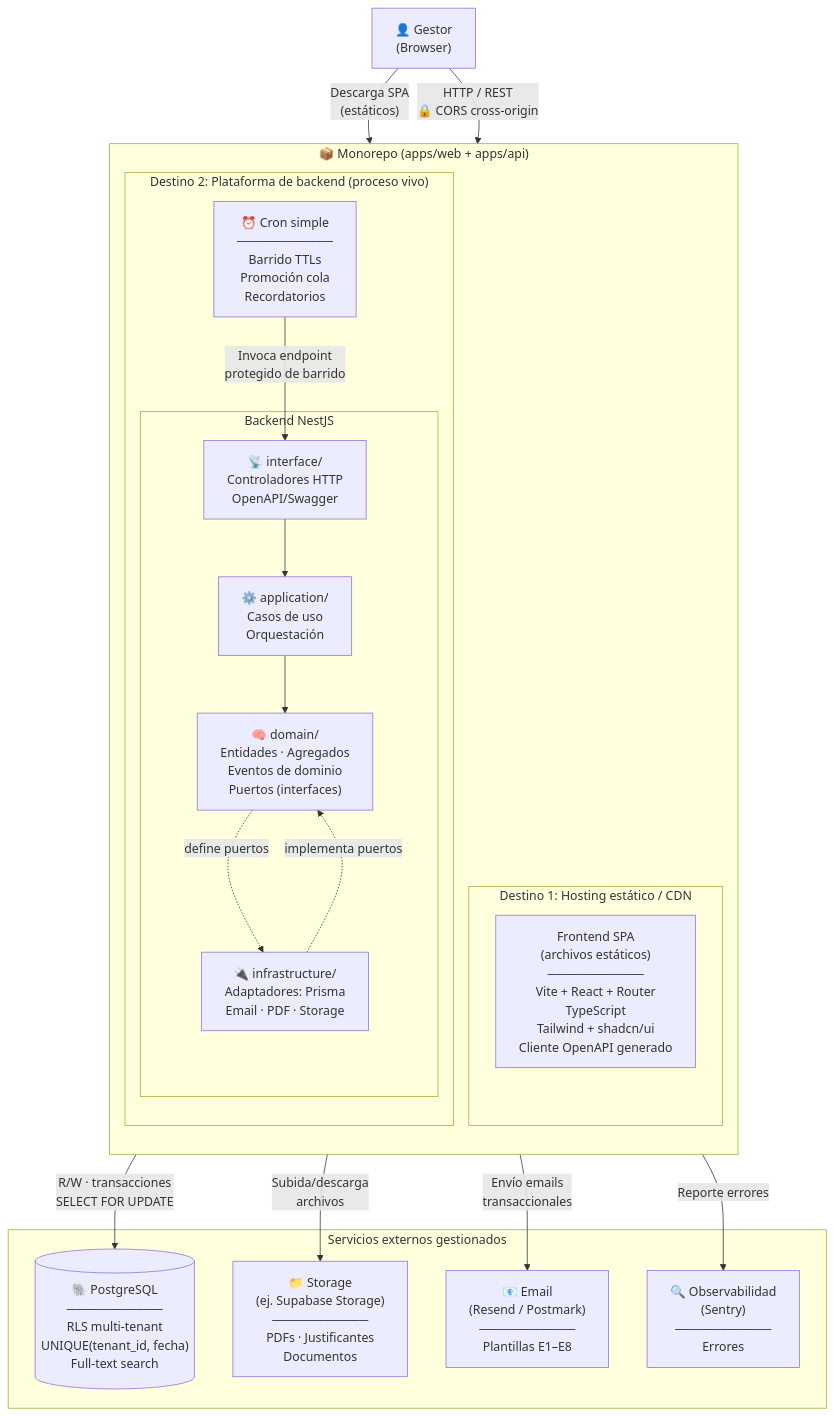
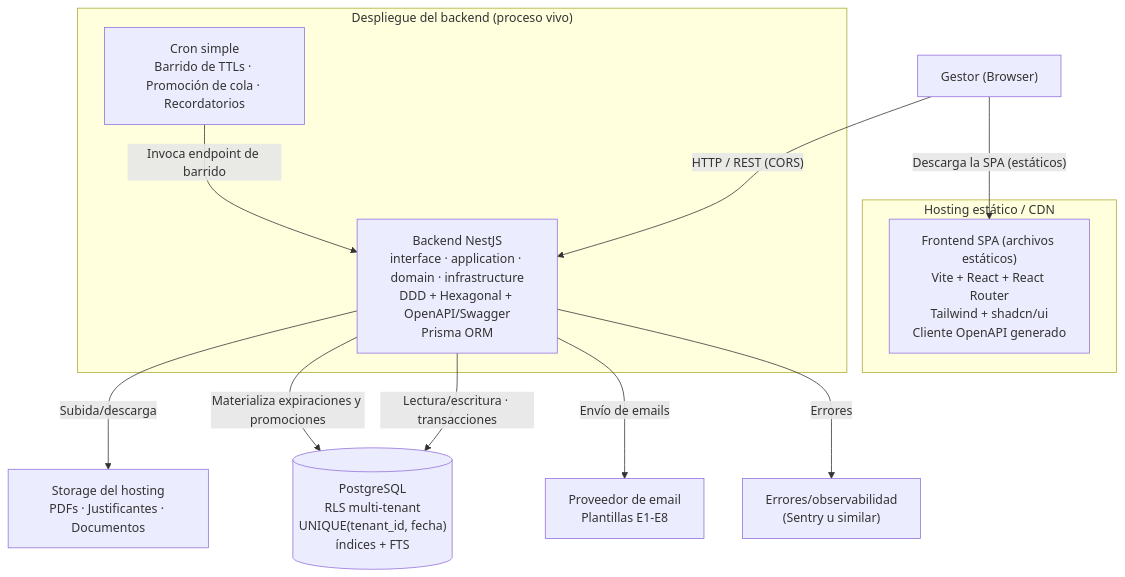
The first of 2 diagrams in readme.md (rvila89/slotify), drawn with Mermaid before and after one commit. The commit also changed other lines of this file and 2 other files, not shown here.

Commit message:
docs: alinear documentación para entrega fase 1 del TFM

````diff
--- a/readme.md
+++ b/readme.md
@@ -62,65 +137,27 @@
 ```mermaid
 graph TB
-    %% ============================================
-    %% ACTOR
-    %% ============================================
-    Browser["👤 Gestor<br/>(Browser)"]
+    Browser["Gestor (Browser)"]
 
-    %% ============================================
-    %% MONOREPO: DOS DESTINOS DE DESPLIEGUE
-    %% ============================================
-
-    subgraph monorepo["📦 Monorepo (apps/web + apps/api)"]
-        direction TB
-        
-        subgraph cdn["Destino 1: Hosting estático / CDN"]
-            SPA["Frontend SPA<br/>(archivos estáticos)<br/>───────────<br/>Vite + React + Router<br/>TypeScript<br/>Tailwind + shadcn/ui<br/>Cliente OpenAPI generado"]
-        end
-
-        subgraph backend["Destino 2: Plataforma de backend (proceso vivo)"]
-            subgraph nestjs["Backend NestJS"]
-                INTERFACE["📡 interface/<br/>Controladores HTTP<br/>OpenAPI/Swagger"]
-                APPLICATION["⚙️ application/<br/>Casos de uso<br/>Orquestación"]
-                DOMAIN["🧠 domain/<br/>Entidades · Agregados<br/>Eventos de dominio<br/>Puertos (interfaces)"]
-                INFRASTRUCTURE["🔌 infrastructure/<br/>Adaptadores: Prisma<br/>Email · PDF · Storage"]
-            end
-            CRON["⏰ Cron simple<br/>───────────<br/>Barrido TTLs<br/>Promoción cola<br/>Recordatorios"]
-        end
+    subgraph cdn["Hosting estático / CDN"]
+        WEB["Frontend SPA (archivos estáticos)<br/>Vite + React + React Router<br/>Tailwind + shadcn/ui<br/>Cliente OpenAPI generado"]
     end
 
-    %% ============================================
-    %% SERVICIOS EXTERNOS GESTIONADOS
-    %% ============================================
-
-    subgraph external["Servicios externos gestionados"]
-        DB[("🐘 PostgreSQL<br/>───────────<br/>RLS multi-tenant<br/>UNIQUE(tenant_id, fecha)<br/>Full-text search")]
-        STORAGE["📁 Storage<br/>(ej. Supabase Storage)<br/>───────────<br/>PDFs · Justificantes<br/>Documentos"]
-        EMAIL["📧 Email<br/>(Resend / Postmark)<br/>───────────<br/>Plantillas E1–E8"]
-        SENTRY["🔍 Observabilidad<br/>(Sentry)<br/>───────────<br/>Errores"]
+    subgraph deploy["Despliegue del backend (proceso vivo)"]
+        API["Backend NestJS<br/>interface · application · domain · infrastructure<br/>DDD + Hexagonal + OpenAPI/Swagger<br/>Prisma ORM"]
+        CRON["Cron simple<br/>Barrido de TTLs · Promoción de cola · Recordatorios"]
     end
 
-    %% ============================================
-    %% CONEXIONES
-    %% ============================================
+    DB[("PostgreSQL<br/>RLS multi-tenant<br/>UNIQUE(tenant_id, fecha)<br/>índices + FTS")]
+    STORE["Storage del hosting<br/>PDFs · Justificantes · Documentos"]
+    MAIL["Proveedor de email<br/>Plantillas E1-E8"]
+    ERR["Errores/observabilidad<br/>(Sentry u similar)"]
 
-    %% Actor → Frontend
-    Browser -->|"Descarga SPA<br/>(estáticos)"| SPA
-
-    %% Actor → Backend (cross-origin)
-    Browser -->|"HTTP / REST<br/>🔒 CORS cross-origin"| INTERFACE
-
-    %% Capas internas del backend (dependencias hacia adentro)
-    INTERFACE --> APPLICATION
-    APPLICATION --> DOMAIN
-    DOMAIN -.->|"define puertos"| INFRASTRUCTURE
-    INFRASTRUCTURE -.->|"implementa puertos"| DOMAIN
-
-    %% Backend → Servicios externos
-    INFRASTRUCTURE -->|"R/W · transacciones<br/>SELECT FOR UPDATE"| DB
-    INFRASTRUCTURE -->|"Subida/descarga<br/>archivos"| STORAGE
-    INFRASTRUCTURE -->|"Envío emails<br/>transaccionales"| EMAIL
-    INFRASTRUCTURE -->|"Reporte errores"| SENTRY
-
-    %% Cron → Backend
-    CRON -->|"Invoca endpoint<br/>protegido de barrido"| INTERFACE
+    Browser -->|"Descarga la SPA (estáticos)"| WEB
+    Browser -->|"HTTP / REST (CORS)"| API
+    API -->|"Lectura/escritura · transacciones"| DB
+    API -->|"Subida/descarga"| STORE
+    API -->|"Envío de emails"| MAIL
+    API -->|"Errores"| ERR
+    CRON -->|"Invoca endpoint de barrido"| API
+    API -->|"Materializa expiraciones y promociones"| DB
 ```
````
